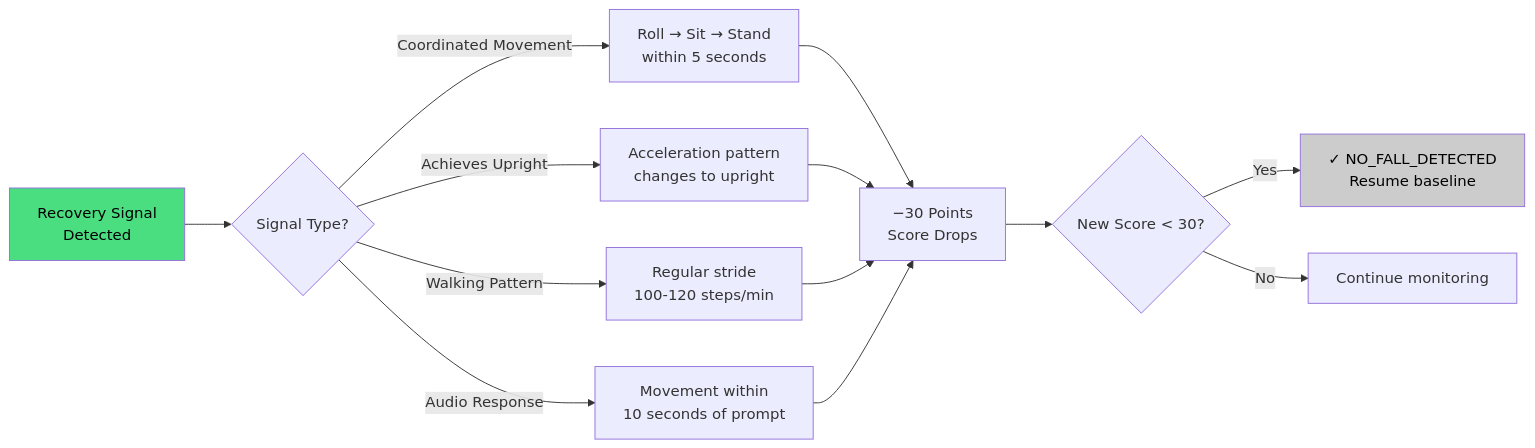
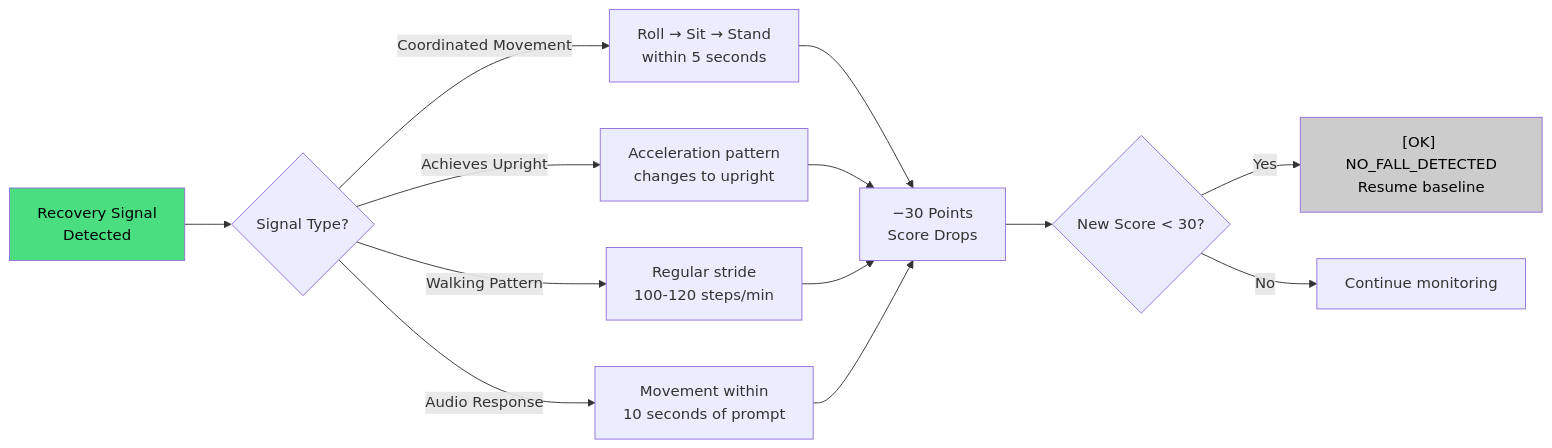
One commit to Smart-Fall/Hardware changed the second of 3 diagrams in docs/algorithm/confidence-scoring.md. Above: the diagram before and after it, drawn with Mermaid. The commit also changed other lines of this file and 71 other files, not shown here.

````diff
--- a/docs/algorithm/confidence-scoring.md
+++ b/docs/algorithm/confidence-scoring.md
@@ -182,21 +182,21 @@
 ```mermaid
 graph LR
     A["Recovery Signal<br/>Detected"] --> B{"Signal Type?"}
 
     B -->|Coordinated Movement| C["Roll → Sit → Stand<br/>within 5 seconds"]
     B -->|Achieves Upright| D["Acceleration pattern<br/>changes to upright"]
     B -->|Walking Pattern| E["Regular stride<br/>100-120 steps/min"]
     B -->|Audio Response| F["Movement within<br/>10 seconds of prompt"]
 
     C --> G["−30 Points<br/>Score Drops"]
     D --> G
     E --> G
     F --> G
 
     G --> H{New Score < 30?}
-    H -->|Yes| I["✓ NO_FALL_DETECTED<br/>Resume baseline"]
+    H -->|Yes| I["[OK] NO_FALL_DETECTED<br/>Resume baseline"]
     H -->|No| J["Continue monitoring"]
 
     style A fill:#4ade80,color:#000
     style I fill:#cccccc,color:#000
 ```
````
